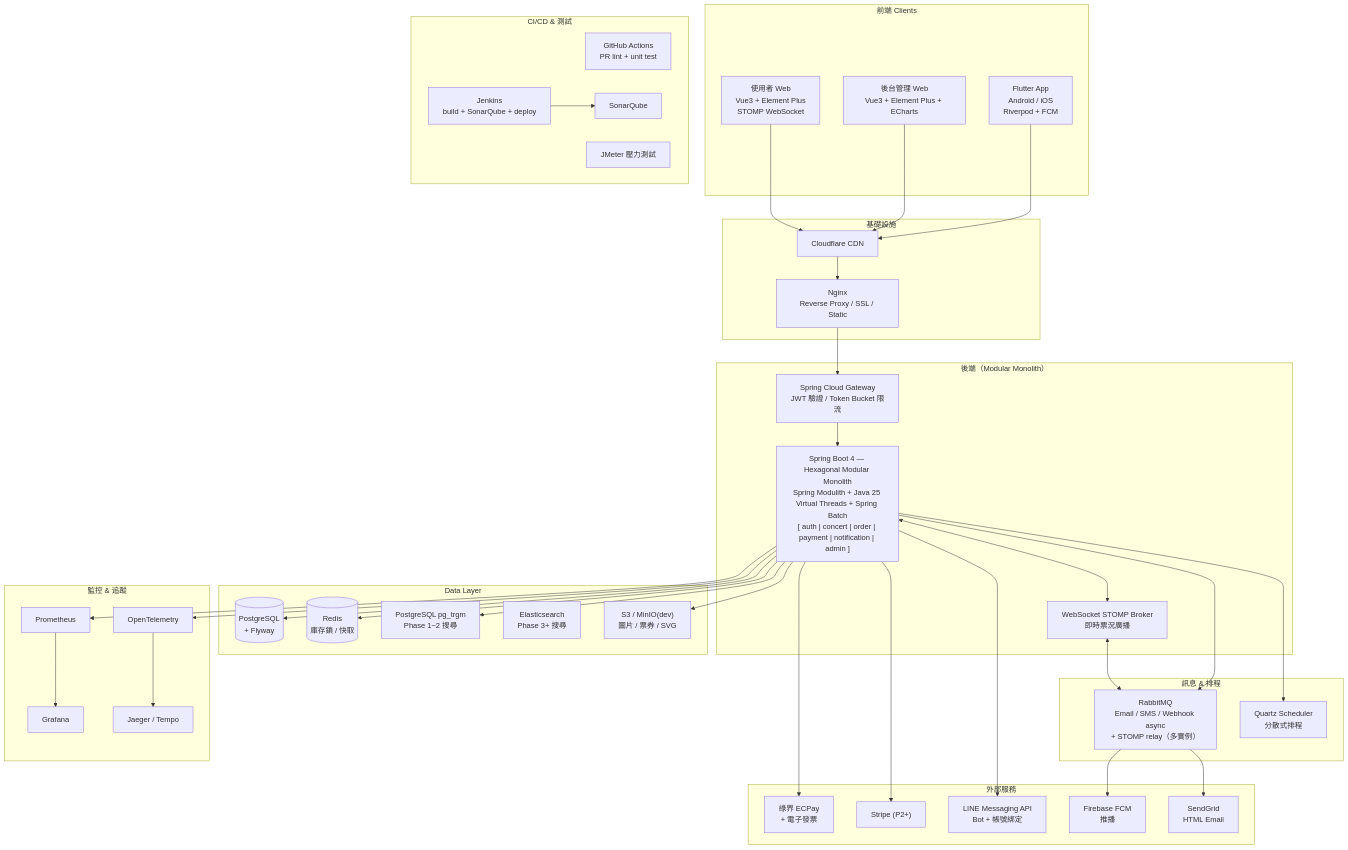
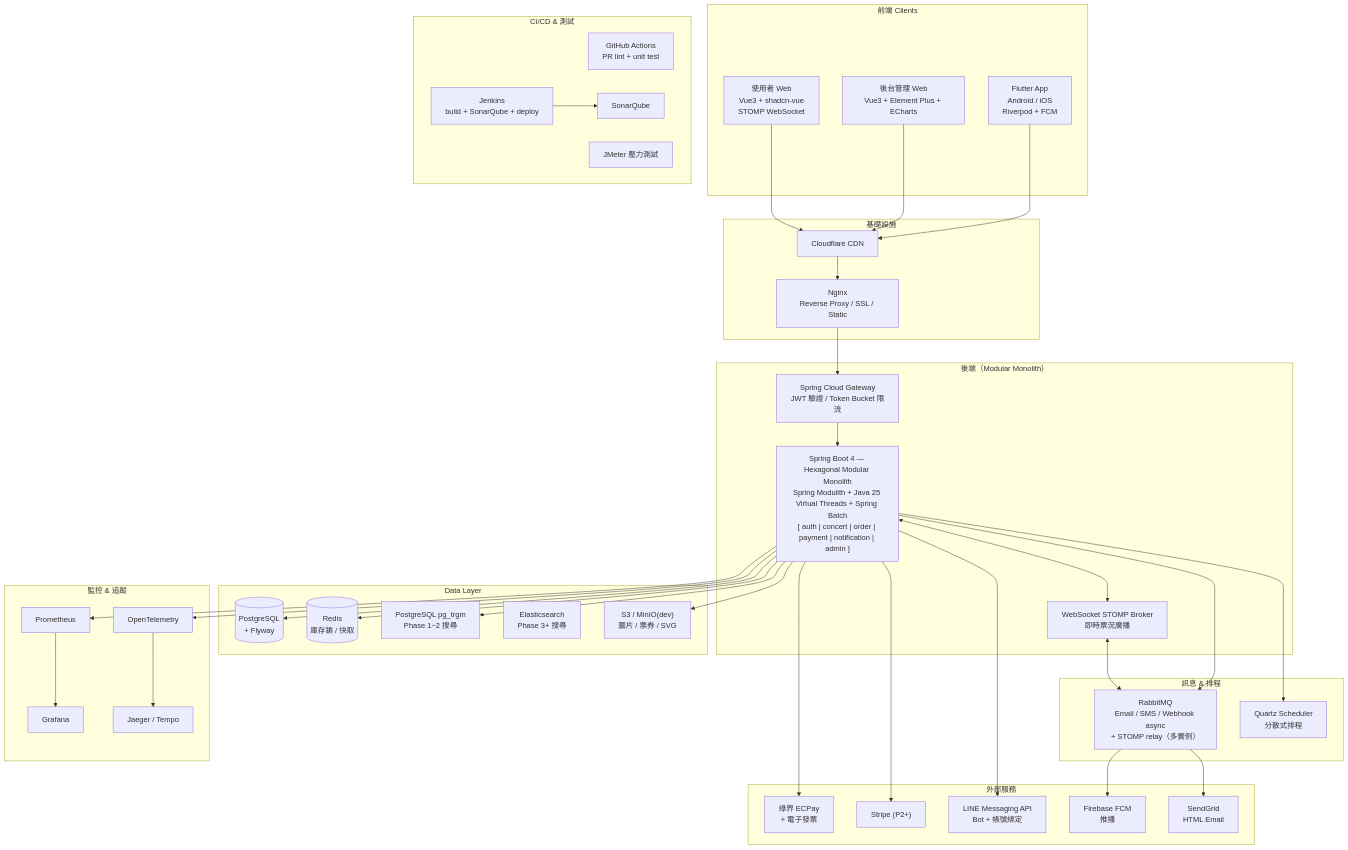
The diagram in docs/01-tech-stack.md (Ryan-Lan-c/livebeat), drawn with Mermaid before and after one commit. The commit also changed other lines of this file and 5 other files, not shown here.

````diff
--- a/docs/01-tech-stack.md
+++ b/docs/01-tech-stack.md
@@ -187,64 +187,64 @@
 ```mermaid
 graph TB
     subgraph Clients["前端 Clients"]
-        VueWeb["使用者 Web\nVue3 + Element Plus\nSTOMP WebSocket"]
+        VueWeb["使用者 Web\nVue3 + shadcn-vue\nSTOMP WebSocket"]
         AdminWeb["後台管理 Web\nVue3 + Element Plus + ECharts"]
         FlutterApp["Flutter App\nAndroid / iOS\nRiverpod + FCM"]
     end
 
     subgraph CICD["CI/CD & 測試"]
         GHA["GitHub Actions\nPR lint + unit test"]
         Jenkins["Jenkins\nbuild + SonarQube + deploy"]
         JMeter["JMeter 壓力測試"]
         Sonar["SonarQube"]
         Jenkins --> Sonar
     end
 
     subgraph Infra["基礎設施"]
         CF["Cloudflare CDN"]
         Nginx["Nginx\nReverse Proxy / SSL / Static"]
     end
 
     subgraph Backend["後端（Modular Monolith）"]
         GW["Spring Cloud Gateway\nJWT 驗證 / Token Bucket 限流"]
         App["Spring Boot 4 — Hexagonal Modular Monolith\nSpring Modulith + Java 25 Virtual Threads + Spring Batch\n[ auth | concert | order | payment | notification | admin ]"]
         WS["WebSocket STOMP Broker\n即時票況廣播"]
     end
 
     subgraph Messaging["訊息 & 排程"]
         RMQ["RabbitMQ\nEmail / SMS / Webhook async\n+ STOMP relay（多實例）"]
         Quartz["Quartz Scheduler\n分散式排程"]
     end
 
     subgraph DataLayer["Data Layer"]
         PG[("PostgreSQL\n+ Flyway")]
         Redis[("Redis\n庫存鎖 / 快取")]
         PGfts["PostgreSQL pg_trgm\nPhase 1~2 搜尋"]
         ES["Elasticsearch\nPhase 3+ 搜尋"]
         S3["S3 / MinIO(dev)\n圖片 / 票券 / SVG"]
     end
 
     subgraph External["外部服務"]
         ECPay["綠界 ECPay\n+ 電子發票"]
         Stripe["Stripe (P2+)"]
         LINE["LINE Messaging API\nBot + 帳號綁定"]
         FCM["Firebase FCM\n推播"]
         SendGrid["SendGrid\nHTML Email"]
     end
 
     subgraph Monitoring["監控 & 追蹤"]
         Prometheus --> Grafana
         OTel["OpenTelemetry"]
         OTel --> Jaeger["Jaeger / Tempo"]
     end
 
     VueWeb & AdminWeb & FlutterApp --> CF --> Nginx --> GW --> App
     App <--> WS
     WS <--> RMQ
     App --> RMQ --> SendGrid & FCM
     App --> Quartz
     App --> PG & Redis & PGfts & S3
     App --> ECPay & Stripe & LINE
     App --> OTel
     App --> Prometheus
 ```
````
